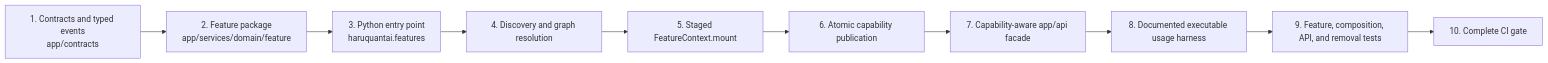
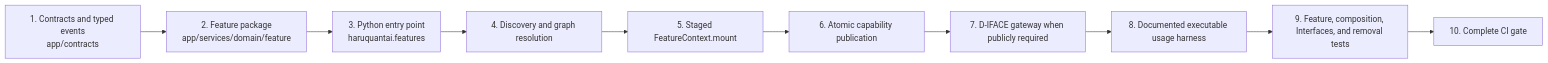
Before and after one commit to haruperi/HaruQuantAI: the diagram in docs/dev/feature_implementation_pipeline.md, drawn with Mermaid. The commit also changed other lines of this file and 133 other files, not shown here.

````diff
--- a/docs/dev/feature_implementation_pipeline.md
+++ b/docs/dev/feature_implementation_pipeline.md
@@ -11,12 +11,12 @@
 ```mermaid
 flowchart LR
     Contracts[1. Contracts and typed events<br/>app/contracts] --> Package[2. Feature package<br/>app/services/domain/feature]
     Package --> EntryPoint[3. Python entry point<br/>haruquantai.features]
     EntryPoint --> Discovery[4. Discovery and graph resolution]
     Discovery --> Mount[5. Staged FeatureContext.mount]
     Mount --> Commit[6. Atomic capability publication]
-    Commit --> API[7. Capability-aware app/api facade]
-    API --> Usage[8. Documented executable usage harness]
-    Usage --> Tests[9. Feature, composition, API, and removal tests]
+    Commit --> Interface[7. D-IFACE gateway when publicly required]
+    Interface --> Usage[8. Documented executable usage harness]
+    Usage --> Tests[9. Feature, composition, Interfaces, and removal tests]
     Tests --> CI[10. Complete CI gate]
 ```
````
